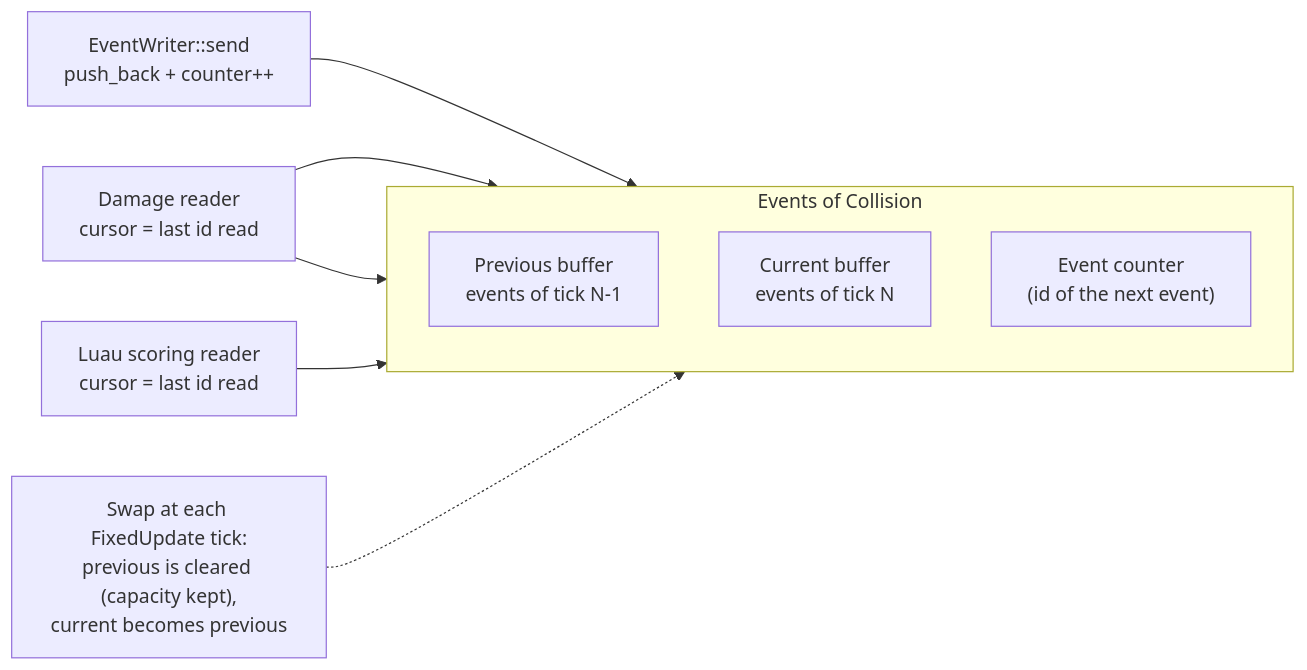
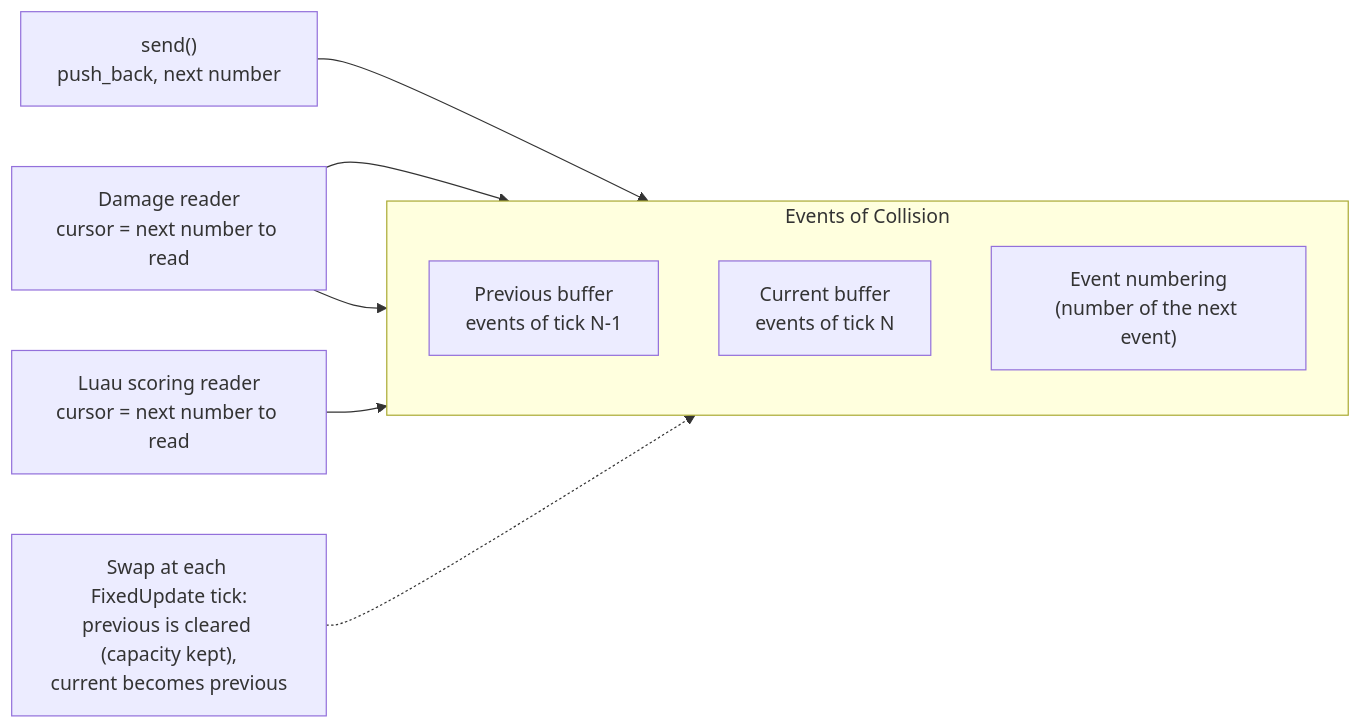
Diagram 13 of 13 in docs/ecs/design.md (Charles-Mahoudeau/rtype), drawn with Mermaid before and after one commit. The commit also changed other lines of this file and 3 other files, not shown here.

````diff
--- a/docs/ecs/design.md
+++ b/docs/ecs/design.md
@@ -1197,14 +1204,14 @@
 ```mermaid
 flowchart LR
     subgraph queue ["Events of Collision"]
         direction TB
         prev["Previous buffer<br/>events of tick N-1"]
         curr["Current buffer<br/>events of tick N"]
-        counter["Event counter<br/>(id of the next event)"]
+        counter["Event numbering<br/>(number of the next event)"]
     end
-    writer["EventWriter::send<br/>push_back + counter++"] --> curr
-    readerA["Damage reader<br/>cursor = last id read"] --> prev
+    writer["send()<br/>push_back, next number"] --> curr
+    readerA["Damage reader<br/>cursor = next number to read"] --> prev
     readerA --> curr
-    readerB["Luau scoring reader<br/>cursor = last id read"] --> curr
+    readerB["Luau scoring reader<br/>cursor = next number to read"] --> curr
     swap["Swap at each FixedUpdate tick:<br/>previous is cleared (capacity kept),<br/>current becomes previous"] -.-> queue
 ```
````
